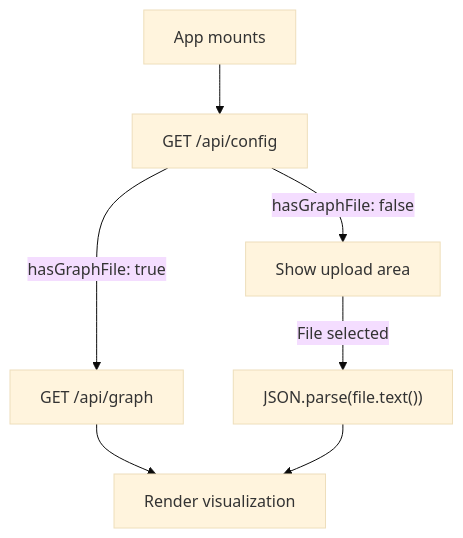
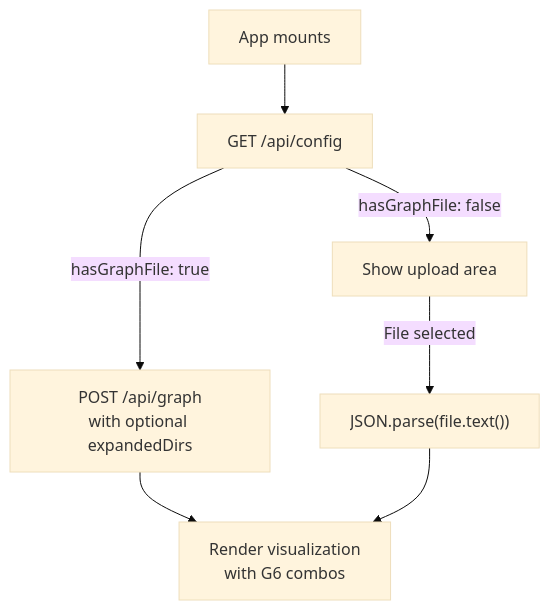
The second of 3 diagrams in docs/packages/frontend.md (fisher-89/dependency-cruiser-reporter), drawn with Mermaid (base theme) before and after one commit. The commit also changed other lines of this file and 12 other files, not shown here.

````diff
--- a/docs/packages/frontend.md
+++ b/docs/packages/frontend.md
@@ -58,9 +58,9 @@
 ```mermaid
 flowchart TB
     Mount["App mounts"] --> Config["GET /api/config"]
-    Config -->|hasGraphFile: true| Load["GET /api/graph"]
+    Config -->|hasGraphFile: true| Load["POST /api/graph\nwith optional expandedDirs"]
     Config -->|hasGraphFile: false| Upload["Show upload area"]
-    Load --> Render["Render visualization"]
+    Load --> Render["Render visualization\nwith G6 combos"]
     Upload -->|File selected| Parse["JSON.parse(file.text())"]
     Parse --> Render
 ```
````
